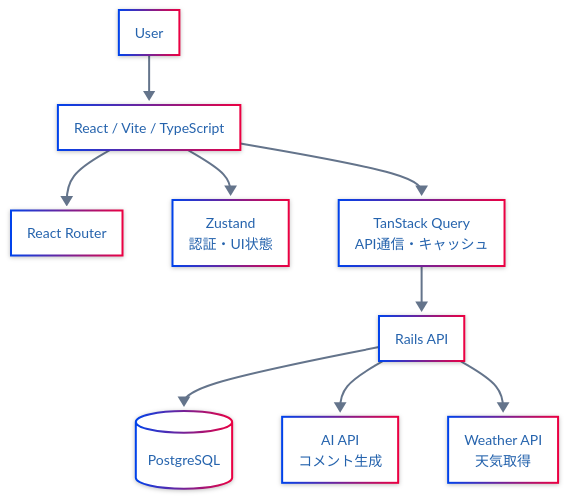
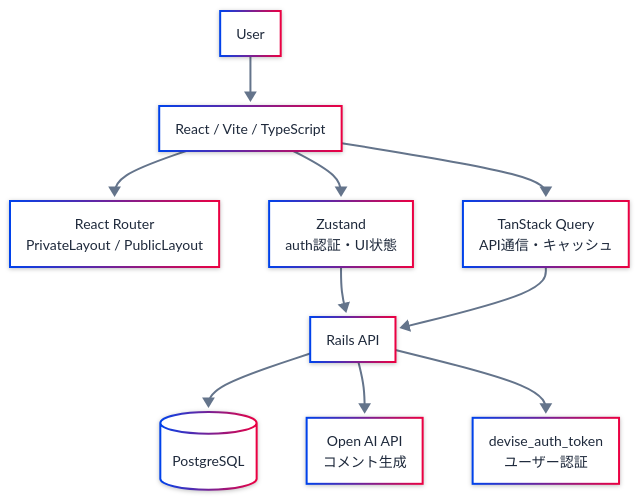
Before and after one commit to yuji-2293/ColorMirror_Re: the first of 2 diagrams in README.md, drawn with Mermaid. The commit also changed other lines of this file, not shown here.

````diff
--- a/README.md
+++ b/README.md
@@ -5,33 +5,42 @@
 ```mermaid
 ---
 config:
 
   theme: neo
 
   look: neo
 
   layout: fixed
 
   themeVariables:
 
     primaryColor: "#2563eb"
 
-    primaryTextColor: "#2563ad"
+    primaryTextColor: "#1e293b"
 
     primaryBorderColor: "#1d4ed8"
 
     lineColor: "#64748b"
 
     secondaryColor: "#f8fafc"
 
     tertiaryColor: "#e2e8f0"
 
     fontFamily: "Inter"   
 ---
 flowchart TB
     User["User"] --> React["React / Vite / TypeScript"]
-    React --> Router["React Router"] & Zustand["Zustand<br>認証・UI状態"] & Query["TanStack Query<br>API通信・キャッシュ"]
+
+    React --> Router["React Router<br> PrivateLayout / PublicLayout"]
+    React --> Zustand["Zustand<br>auth認証・UI状態"]
+    React --> Query["TanStack Query<br>API通信・キャッシュ"]
+    
+    Zustand --> Rails["Rails API"]
+
     Query --> Rails["Rails API"]
-    Rails --> DB[("PostgreSQL")] & AI["AI API<br>コメント生成"] & Weather["Weather API<br>天気取得"]
+    
+    Rails --> DB[("PostgreSQL")]
+    Rails --> AI["Open AI API<br>コメント生成"] 
+    Rails --> Auth認証["devise_auth_token<br>ユーザー認証"]
     
 ```
````
